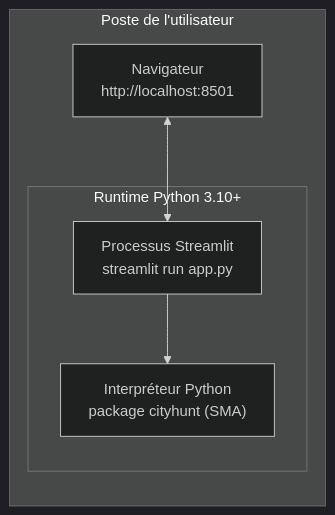
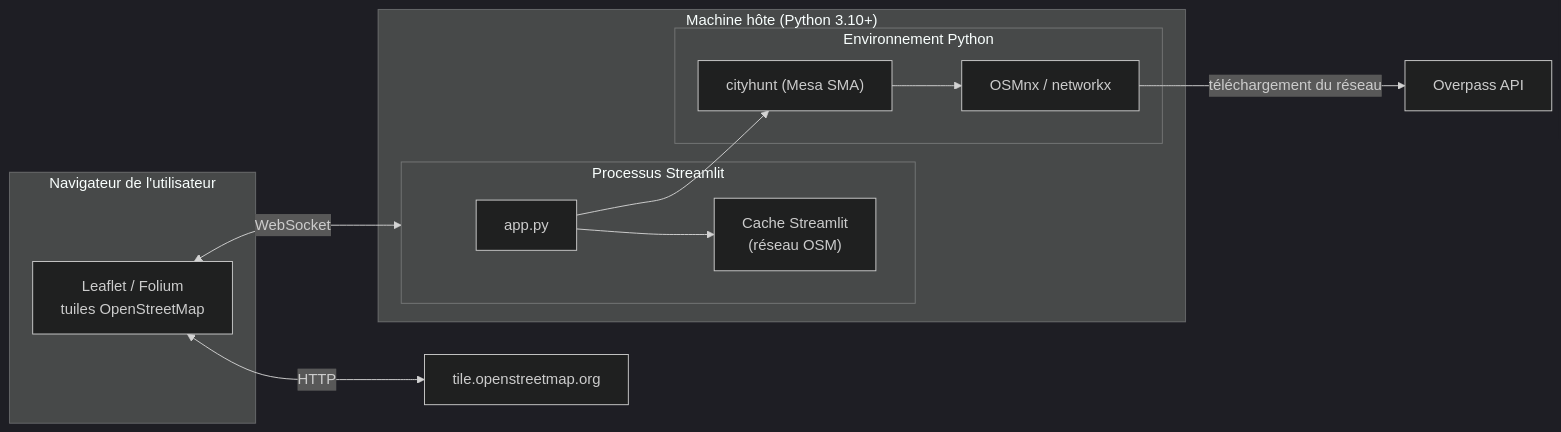
The ninth of 9 diagrams in docs/DOCUMENTATION.md (DNTtlse3/CitySMA), drawn with Mermaid (dark theme) before and after one commit. The commit also changed other lines of this file and 18 other files, not shown here.

Commit message:
v3.0 : moteur Mesa + carte OpenStreetMap réelle (OSMnx), rendu Folium temps réel dans Streamlit, A* sur le réseau de rues

````diff
--- a/docs/DOCUMENTATION.md
+++ b/docs/DOCUMENTATION.md
@@ -446,12 +431,27 @@
 ```mermaid
 flowchart LR
-    subgraph POSTE["Poste de l'utilisateur"]
-        Browser["Navigateur<br/>http://localhost:8501"]
-        subgraph RUNTIME["Runtime Python 3.10+"]
-            ST["Processus Streamlit<br/>streamlit run app.py"]
-            PY["Interpréteur Python<br/>package cityhunt (SMA)"]
+    subgraph NAV["Navigateur de l'utilisateur"]
+        LEAF["Leaflet / Folium<br/>tuiles OpenStreetMap"]
+    end
+
+    subgraph SERVEUR["Machine hôte (Python 3.10+)"]
+        subgraph ST["Processus Streamlit"]
+            APP["app.py"]
+            CACHE["Cache Streamlit<br/>(réseau OSM)"]
+        end
+        subgraph PY["Environnement Python"]
+            MESA["cityhunt (Mesa SMA)"]
+            OSMNX["OSMnx / networkx"]
         end
     end
-    Browser <--> ST
-    ST --> PY
+
+    OVERPASS["Overpass API"]
+    OSM_TILES["tile.openstreetmap.org"]
+
+    APP --> MESA
+    MESA --> OSMNX
+    OSMNX -->|téléchargement du réseau| OVERPASS
+    APP --> CACHE
+    LEAF <-->|HTTP| OSM_TILES
+    LEAF <-->|WebSocket| ST
 ```
````
